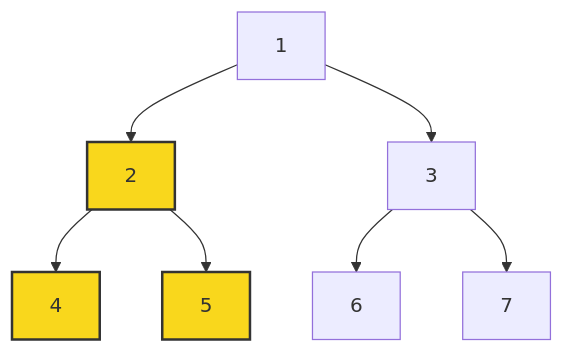
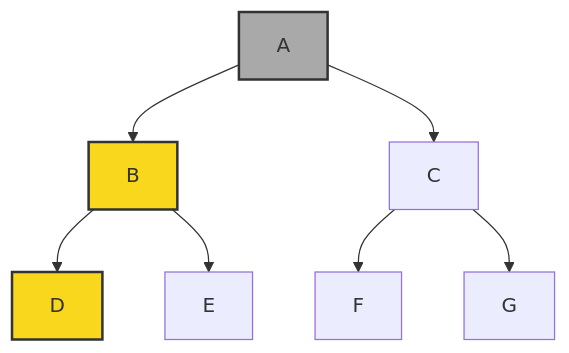
Before and after one commit to remykarem/remykarem.github.io: the fifth of 7 diagrams in books-src/data-structures-and-algorithms-book/src/algorithms/search/depth-first.md, drawn with Mermaid. The commit also changed other lines of this file, not shown here.

````diff
--- a/books-src/data-structures-and-algorithms-book/src/algorithms/search/depth-first.md
+++ b/books-src/data-structures-and-algorithms-book/src/algorithms/search/depth-first.md
@@ -87,20 +58,13 @@
 ```mermaid
 graph TD;
-    A[1]
-    B[2]
-    C[3]
-    D[4]
-    E[5]
-    F[6]
-    G[7]
-
     A --> B
     A --> C
     B --> D
     B --> E
     C --> F
     C --> G
+    style A fill:#a9a9a9,stroke:#333,stroke-width:2px
+    style B fill:#a9a9a9,stroke:#333,stroke-width:2px
     style D fill:#f9d71c,stroke:#333,stroke-width:2px
     style B fill:#f9d71c,stroke:#333,stroke-width:2px
-    style E fill:#f9d71c,stroke:#333,stroke-width:2px
 ```
````
